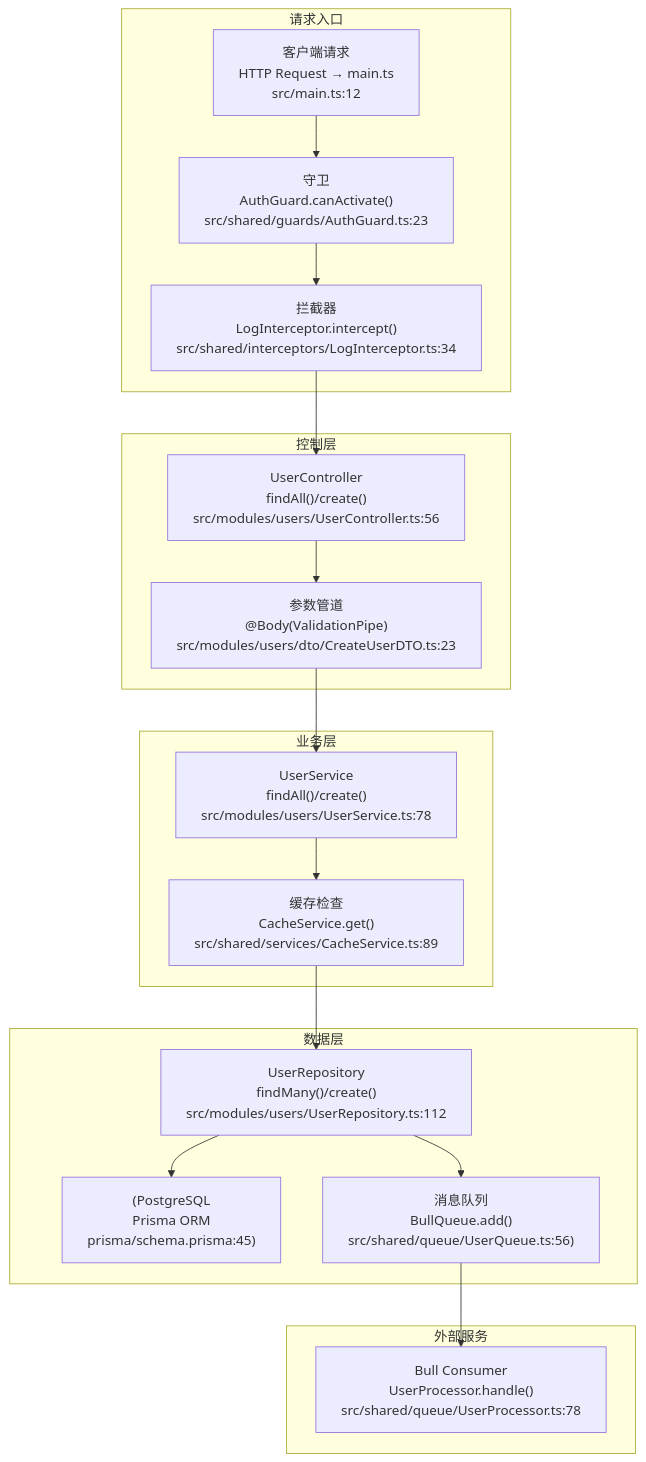
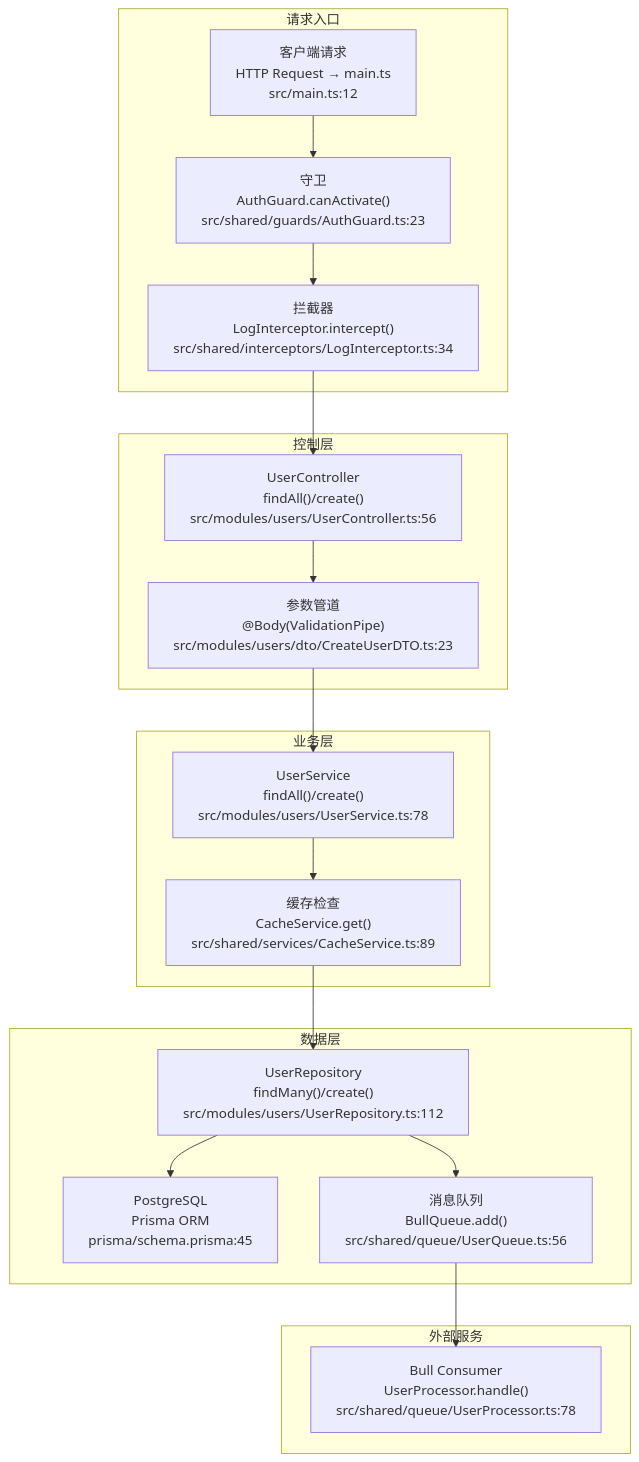
One commit to CaostGrace/project-arch-reverse changed the first of 4 diagrams in references/nodejs-template.md. Above: the diagram before and after it, drawn with Mermaid. The commit also changed 7 other files, not shown here.

First line of the commit message:
fix: 修复所有模板Mermaid图表错误 + 更新排查规范

````diff
--- a/references/nodejs-template.md
+++ b/references/nodejs-template.md
@@ -209,42 +209,42 @@
 ```mermaid
 flowchart TB
     subgraph Request[请求入口]
         CLIENT["客户端请求<br>HTTP Request → main.ts<br>src/main.ts:12"]
         GUARD["守卫<br>AuthGuard.canActivate()<br>src/shared/guards/AuthGuard.ts:23"]
         INTERCEPTOR["拦截器<br>LogInterceptor.intercept()<br>src/shared/interceptors/LogInterceptor.ts:34"]
         CLIENT --> GUARD
         GUARD --> INTERCEPTOR
     end
     subgraph Controller[控制层]
         CTRL["UserController<br>findAll()/create()<br>src/modules/users/UserController.ts:56"]
         PIPE["参数管道<br>@Body(ValidationPipe)<br>src/modules/users/dto/CreateUserDTO.ts:23"]
         CTRL --> PIPE
     end
     subgraph Service[业务层]
         SVC["UserService<br>findAll()/create()<br>src/modules/users/UserService.ts:78"]
         CACHE["缓存检查<br>CacheService.get()<br>src/shared/services/CacheService.ts:89"]
         SVC --> CACHE
     end
     subgraph Data[数据层]
         REPO["UserRepository<br>findMany()/create()<br>src/modules/users/UserRepository.ts:112"]
-        DB["(PostgreSQL<br>Prisma ORM<br>prisma/schema.prisma:45)"]
-        MQ["消息队列<br>BullQueue.add()<br>src/shared/queue/UserQueue.ts:56)"]
+        DB["PostgreSQL<br>Prisma ORM<br>prisma/schema.prisma:45"]
+        MQ["消息队列<br>BullQueue.add()<br>src/shared/queue/UserQueue.ts:56"]
         REPO --> DB
         REPO --> MQ
     end
     subgraph External[外部服务]
         CONSUMER["Bull Consumer<br>UserProcessor.handle()<br>src/shared/queue/UserProcessor.ts:78"]
     end
 
 
 INTERCEPTOR --> CTRL
 
 
 PIPE --> SVC
 
 
 CACHE --> REPO
 
 
 MQ --> CONSUMER
 ```
````
